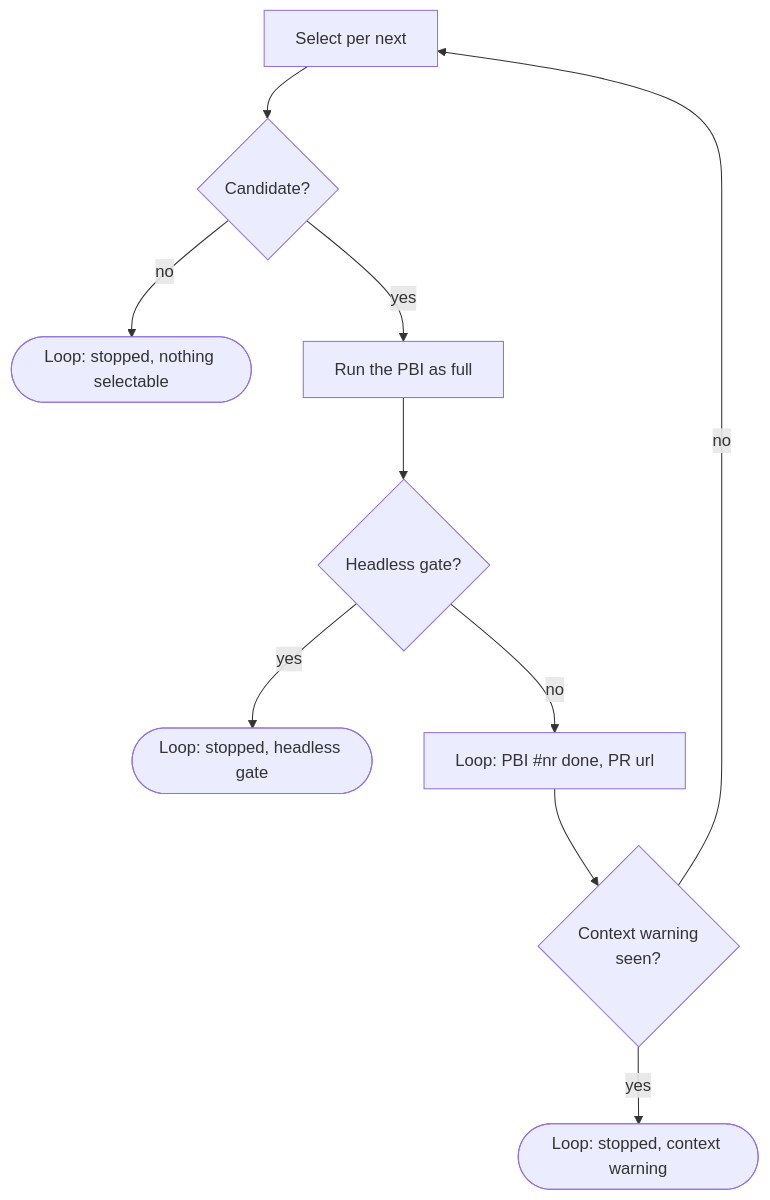
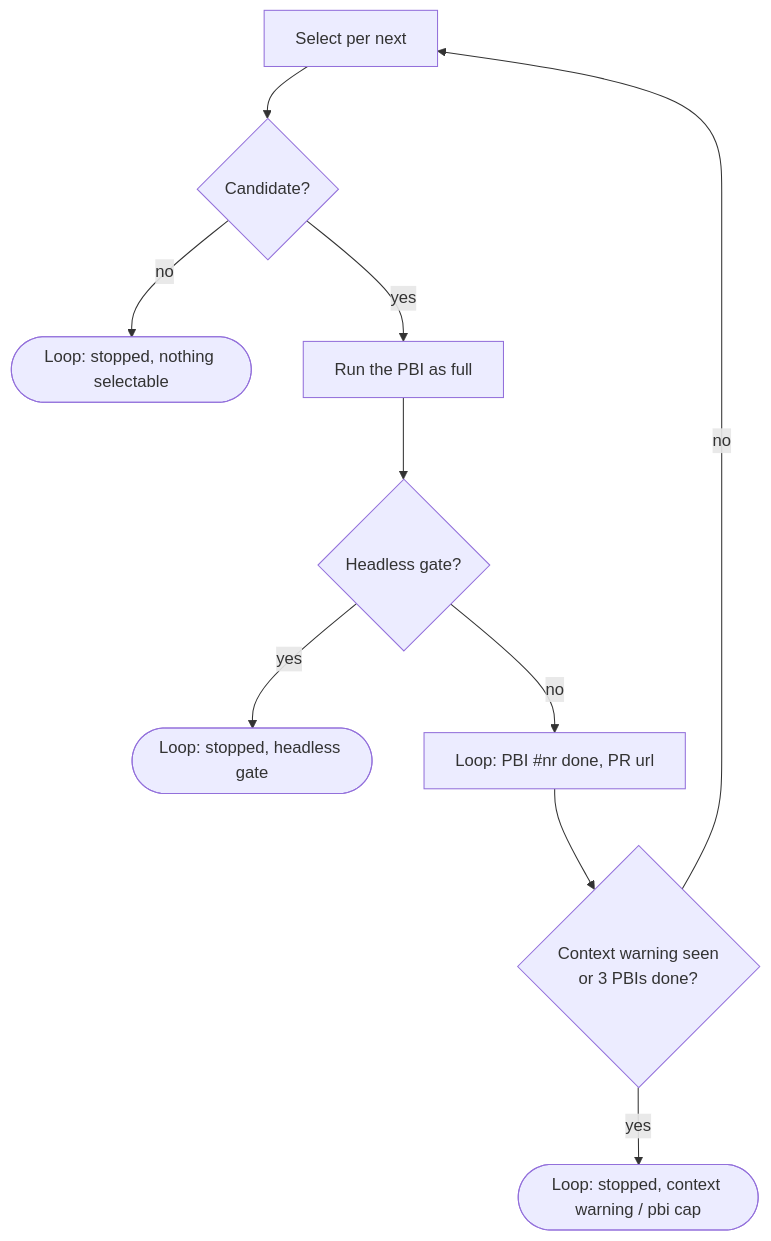
Before and after one commit to GravionLabs/apm-hub: the tenth of 11 diagrams in docs/orchestrator.md, drawn with Mermaid. The commit also changed other lines of this file and 3 other files, not shown here.

````diff
--- a/docs/orchestrator.md
+++ b/docs/orchestrator.md
@@ -288,12 +288,12 @@
 ```mermaid
 flowchart TD
     A["Select per next"] --> B{"Candidate?"}
     B -->|"no"| S1(["Loop: stopped, nothing selectable"])
     B -->|"yes"| C["Run the PBI as full"]
     C --> G{"Headless gate?"}
     G -->|"yes"| S2(["Loop: stopped, headless gate"])
     G -->|"no"| D["Loop: PBI #nr done, PR url"]
-    D --> W{"Context warning<br/>seen?"}
-    W -->|"yes"| S3(["Loop: stopped, context warning"])
+    D --> W{"Context warning seen<br/>or 3 PBIs done?"}
+    W -->|"yes"| S3(["Loop: stopped, context warning / pbi cap"])
     W -->|"no"| A
 ```
````
